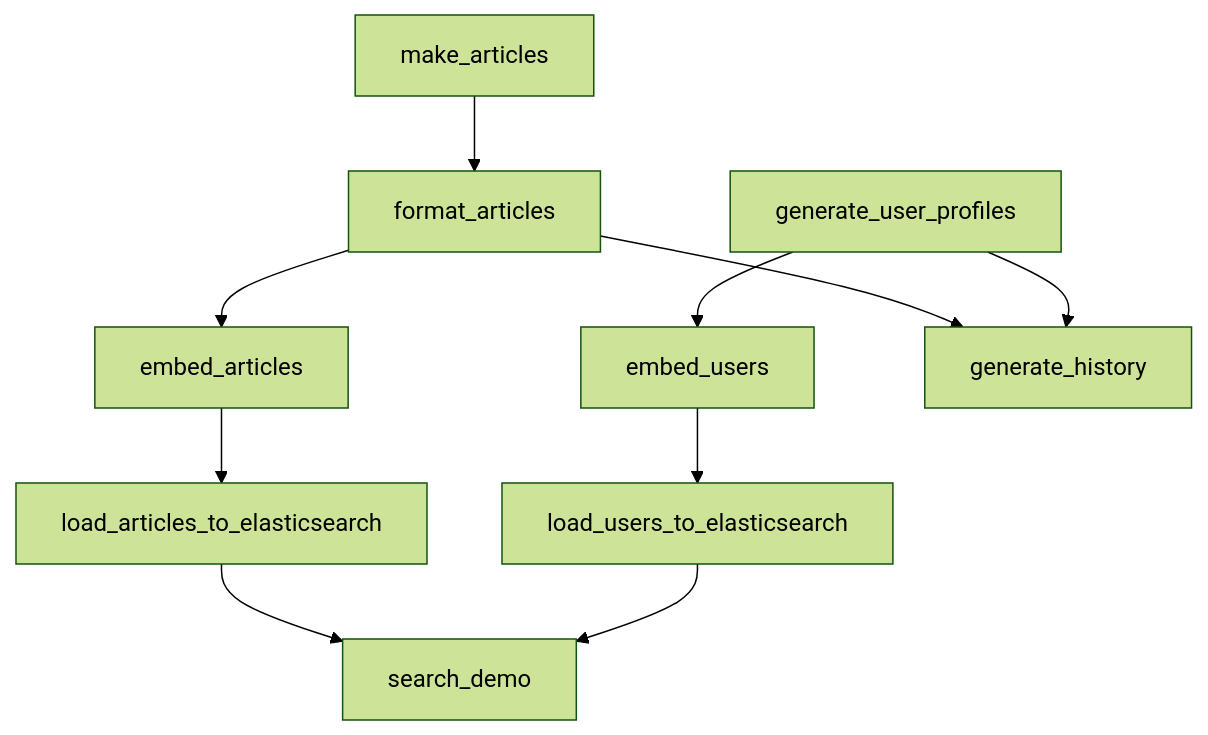
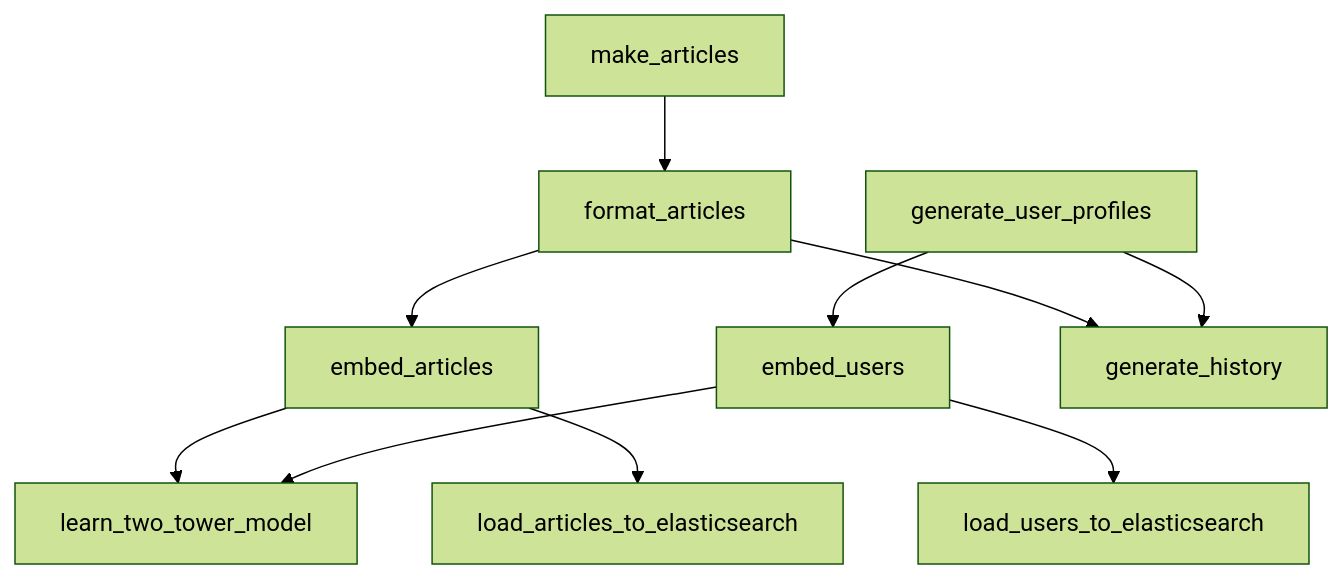
One commit to u-masao/hybrid-search-demo changed the diagram in PIPELINE.md. Above: the diagram before and after it, drawn with Mermaid (forest theme).

Commit message:
dvc pipeline updated

````diff
--- a/PIPELINE.md
+++ b/PIPELINE.md
@@ -1,21 +1,21 @@
 ```mermaid
 flowchart TD
 	node1["embed_articles"]
 	node2["embed_users"]
 	node3["format_articles"]
 	node4["generate_history"]
 	node5["generate_user_profiles"]
-	node6["load_articles_to_elasticsearch"]
-	node7["load_users_to_elasticsearch"]
-	node8["make_articles"]
-	node9["search_demo"]
+	node6["learn_two_tower_model"]
+	node7["load_articles_to_elasticsearch"]
+	node8["load_users_to_elasticsearch"]
+	node9["make_articles"]
 	node1-->node6
-	node2-->node7
+	node1-->node7
+	node2-->node6
+	node2-->node8
 	node3-->node1
 	node3-->node4
 	node5-->node2
 	node5-->node4
-	node6-->node9
-	node7-->node9
-	node8-->node3
+	node9-->node3
 ```
````
